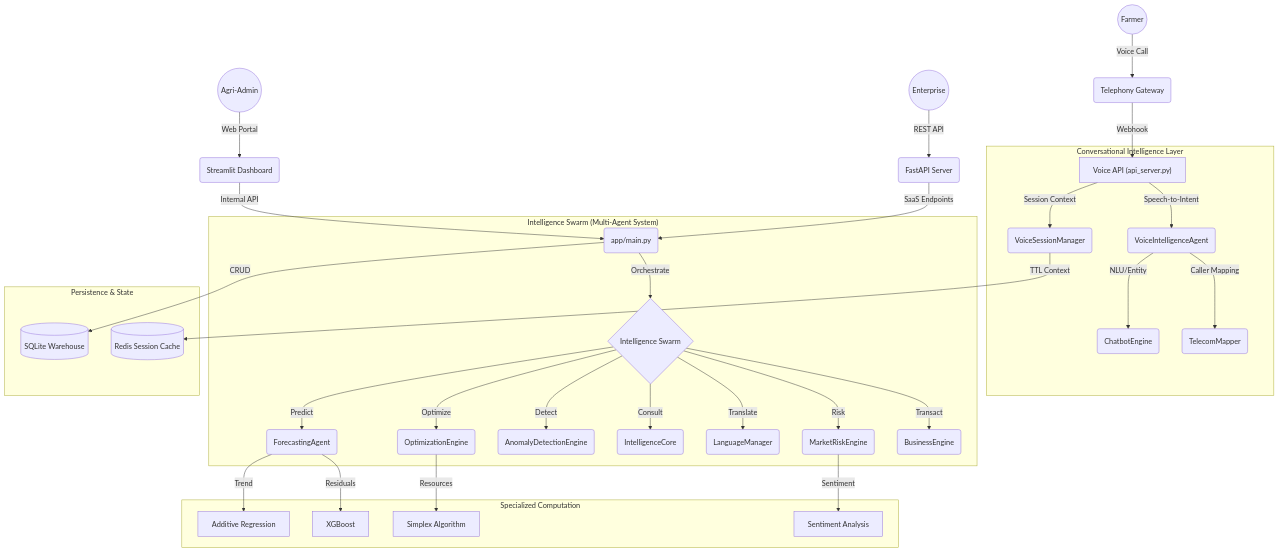
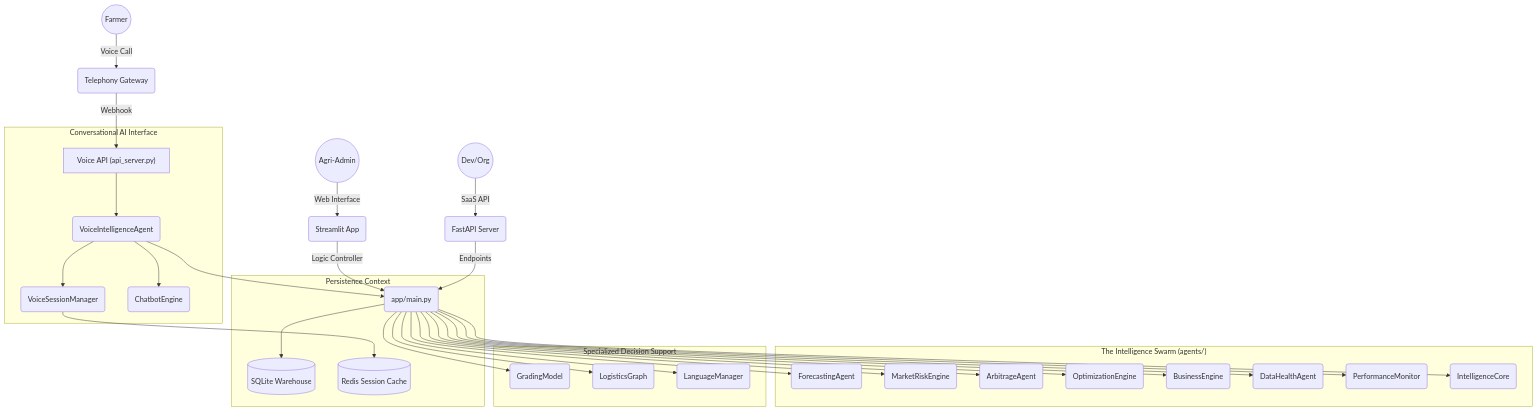
The diagram in ARCHITECTURE.md (Tick2003/AgriIntel-Live), drawn with Mermaid before and after one commit. The commit also changed other lines of this file and 1 other file, not shown here.

Commit message:
docs: exhaustive feature list for AgriIntel; removed versioning

````diff
--- a/ARCHITECTURE.md
+++ b/ARCHITECTURE.md
@@ -12,44 +12,49 @@
 ```mermaid
 graph TD
     %% Entry Points
-    User((Farmer)) -->|Voice Call| TelGate(Telephony Gateway)
-    Admin((Agri-Admin)) -->|Web Portal| Streamlit(Streamlit Dashboard)
-    Dev((Enterprise)) -->|REST API| FastAPI(FastAPI Server)
+    Farmer((Farmer)) -->|Voice Call| TelGate(Telephony Gateway)
+    Admin((Agri-Admin)) -->|Web Interface| Streamlit(Streamlit App)
+    Dev((Dev/Org)) -->|SaaS API| FastAPI(FastAPI Server)
 
-    %% Communication Layer
+    %% Core Orchestration
     TelGate -->|Webhook| VoiceAPI["Voice API (api_server.py)"]
-    Streamlit -->|Internal API| CoreApp(app/main.py)
-    FastAPI -->|SaaS Endpoints| CoreApp
+    Streamlit -->|Logic Controller| MainApp(app/main.py)
+    FastAPI -->|Endpoints| MainApp
 
-    subgraph "Conversational Intelligence Layer"
-        VoiceAPI -->|Session Context| SM(VoiceSessionManager)
-        VoiceAPI -->|Speech-to-Intent| VIntel(VoiceIntelligenceAgent)
-        VIntel -->|NLU/Entity| Chatbot(ChatbotEngine)
-        VIntel -->|Caller Mapping| TMap(TelecomMapper)
+    subgraph "Conversational AI Interface"
+        VIntel(VoiceIntelligenceAgent)
+        SM(VoiceSessionManager)
+        Chat(ChatbotEngine)
+        VoiceAPI --> VIntel
+        VIntel --> SM
+        VIntel --> Chat
     end
 
-    subgraph "Intelligence Swarm (Multi-Agent System)"
-        CoreApp -->|Orchestrate| Swarm{Intelligence Swarm}
-        Swarm -->|Predict| Forecast(ForecastingAgent)
-        Swarm -->|Risk| Risk(MarketRiskEngine)
-        Swarm -->|Detect| Shock(AnomalyDetectionEngine)
-        Swarm -->|Consult| IntelCore(IntelligenceCore)
-        Swarm -->|Translate| Lang(LanguageManager)
-        Swarm -->|Optimize| Opt(OptimizationEngine)
-        Swarm -->|Transact| Biz(BusinessEngine)
+    subgraph "The Intelligence Swarm (agents/)"
+        Ag1(ForecastingAgent)
+        Ag2(MarketRiskEngine)
+        Ag3(ArbitrageAgent)
+        Ag4(OptimizationEngine)
+        Ag5(BusinessEngine)
+        Ag6(DataHealthAgent)
+        Ag7(PerformanceMonitor)
+        Ag8(IntelligenceCore)
     end
 
-    subgraph "Specialized Computation"
-        Forecast -->|Trend| Prophet[Additive Regression]
-        Forecast -->|Residuals| XGB[XGBoost]
-        Opt -->|Resources| Linear[Simplex Algorithm]
-        Risk -->|Sentiment| NLP[Sentiment Analysis]
+    subgraph "Specialized Decision Support"
+        CV(GradingModel)
+        Graph(LogisticsGraph)
+        Lang(LanguageManager)
     end
 
-    subgraph "Persistence & State"
+    MainApp --> Ag1 & Ag2 & Ag3 & Ag4 & Ag5 & Ag6 & Ag7 & Ag8
+    MainApp --> CV & Graph & Lang
+    VIntel --> MainApp
+
+    subgraph "Persistence Context"
         DB[(SQLite Warehouse)]
         Redis[(Redis Session Cache)]
-        CoreApp -->|CRUD| DB
-        SM -->|TTL Context| Redis
+        MainApp --> DB
+        SM --> Redis
     end
 ```
````
